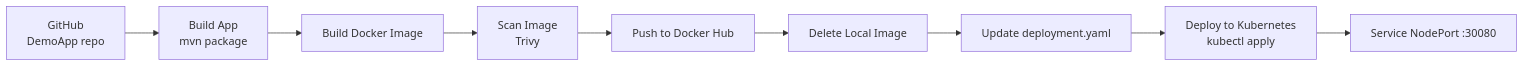
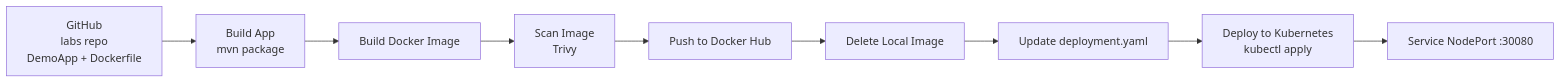
The diagram in Jenkins/lab21/README.md (rowida2/ivolve-Devops-Training), drawn with Mermaid before and after one commit. The commit also changed other lines of this file and 1 other file, not shown here.

Commit message:
Fix lab21 pipeline to build from checked-out DemoApp

````diff
--- a/Jenkins/lab21/README.md
+++ b/Jenkins/lab21/README.md
@@ -21,11 +21,11 @@
 ```mermaid
 flowchart LR
-    A[GitHub<br/>DemoApp repo] --> B[Build App<br/>mvn package]
+    A[GitHub<br/>labs repo<br/>DemoApp + Dockerfile] --> B[Build App<br/>mvn package]
     B --> C[Build Docker Image]
     C --> D[Scan Image<br/>Trivy]
     D --> E[Push to Docker Hub]
     E --> F[Delete Local Image]
     F --> G[Update deployment.yaml]
     G --> H[Deploy to Kubernetes<br/>kubectl apply]
     H --> I[Service NodePort :30080]
 ```
````
